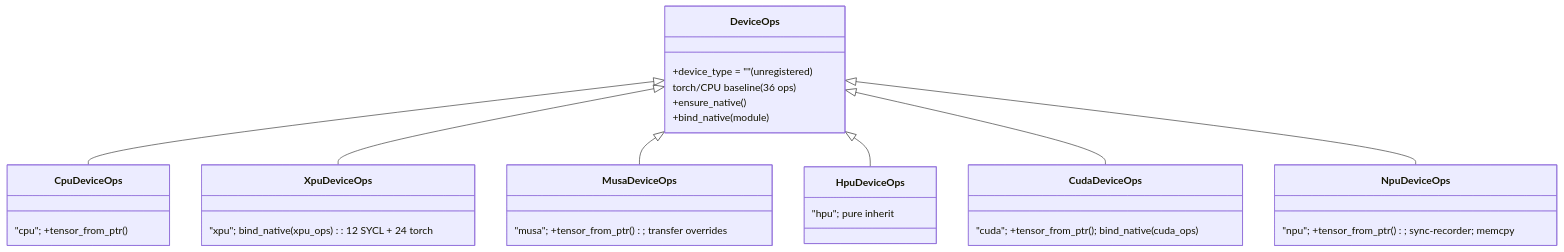
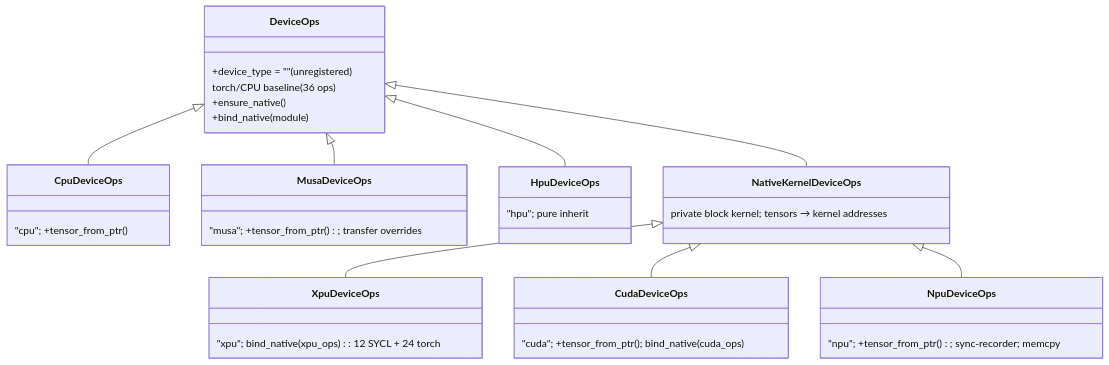
Before and after one commit to LMCache/LMCache: the diagram in docs/design/v1/platform/device_ops_design.md, drawn with Mermaid. The commit also changed other lines of this file and 13 other files, not shown here.

````diff
--- a/docs/design/v1/platform/device_ops_design.md
+++ b/docs/design/v1/platform/device_ops_design.md
@@ -189,21 +188,23 @@
 ```mermaid
 classDiagram
     DeviceOps <|-- CpuDeviceOps
-    DeviceOps <|-- XpuDeviceOps
     DeviceOps <|-- MusaDeviceOps
     DeviceOps <|-- HpuDeviceOps
-    DeviceOps <|-- CudaDeviceOps
-    DeviceOps <|-- NpuDeviceOps
+    DeviceOps <|-- NativeKernelDeviceOps
+    NativeKernelDeviceOps <|-- XpuDeviceOps
+    NativeKernelDeviceOps <|-- CudaDeviceOps
+    NativeKernelDeviceOps <|-- NpuDeviceOps
     class DeviceOps {
       +device_type = "" (unregistered)
       torch/CPU baseline (36 ops)
       +ensure_native()
       +bind_native(module)
     }
+    class NativeKernelDeviceOps { private block kernel; tensors → kernel addresses }
     class CpuDeviceOps { "cpu"; +tensor_from_ptr() }
     class CudaDeviceOps { "cuda"; +tensor_from_ptr(); bind_native(cuda_ops) }
     class XpuDeviceOps { "xpu"; bind_native(xpu_ops): 12 SYCL + 24 torch }
     class MusaDeviceOps { "musa"; +tensor_from_ptr(); transfer overrides }
     class NpuDeviceOps { "npu"; +tensor_from_ptr(); sync-recorder; memcpy }
     class HpuDeviceOps { "hpu"; pure inherit }
 ```
````
